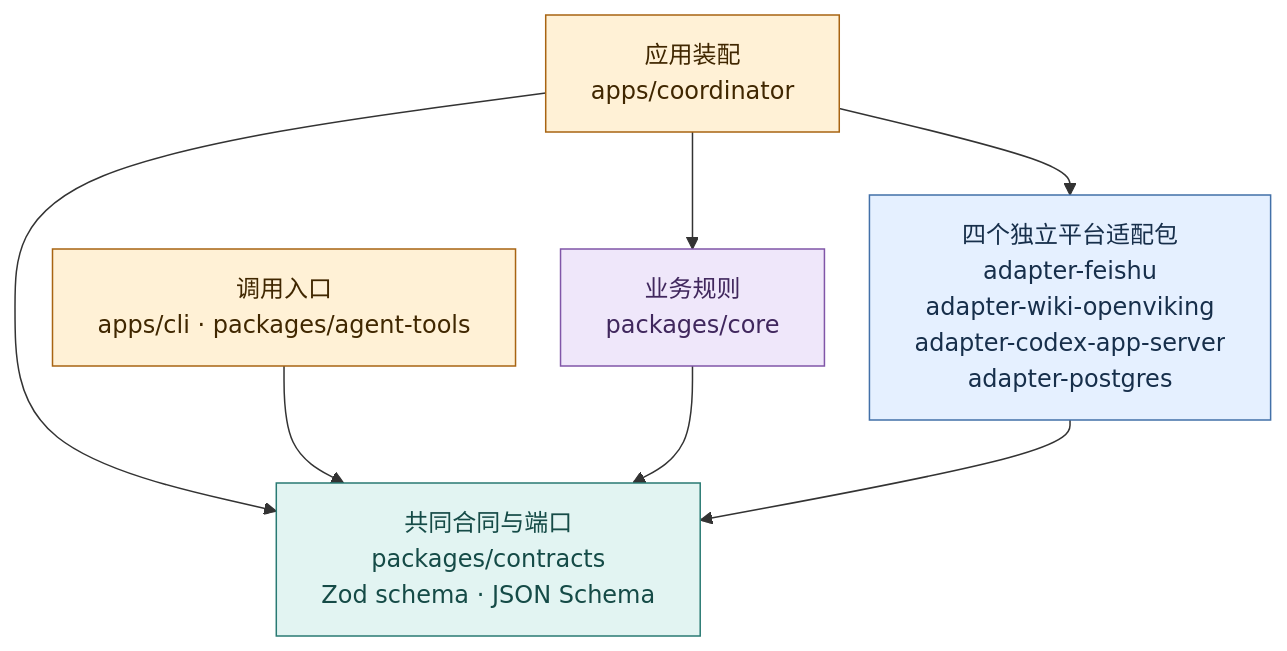
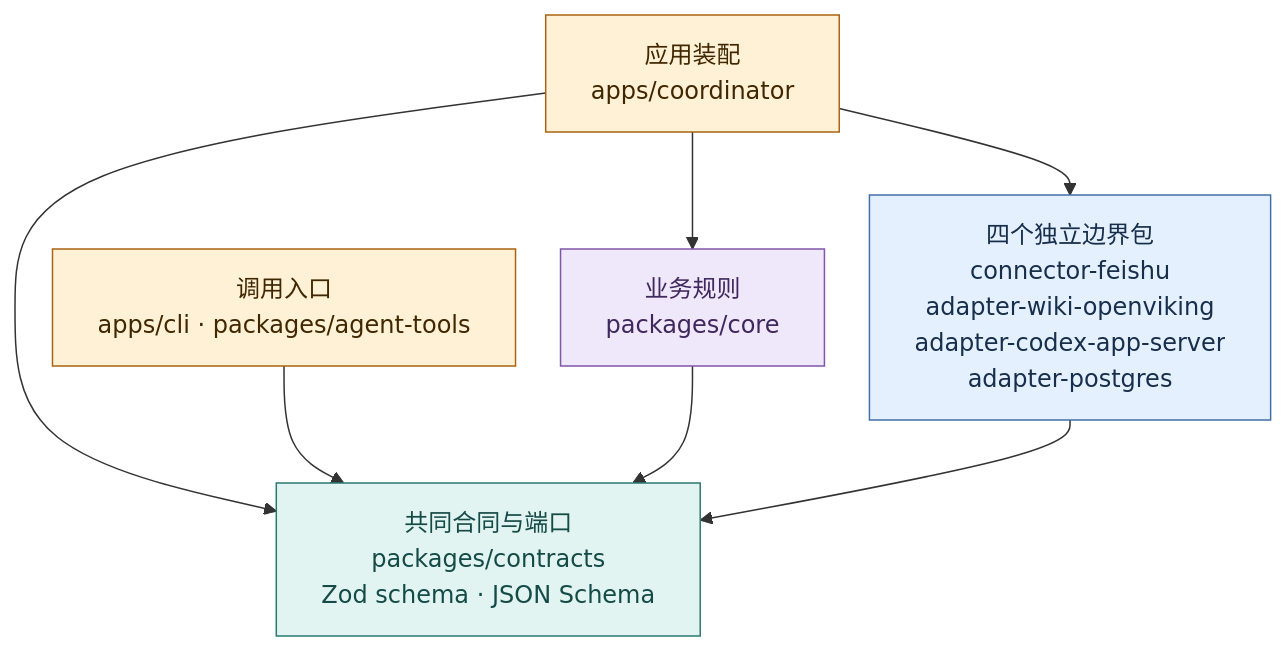
The first of 2 diagrams in docs/architecture/packages.md (cyl19970726/evoLoop), drawn with Mermaid before and after one commit. The commit also changed other lines of this file and 20 other files, not shown here.

````diff
--- a/docs/architecture/packages.md
+++ b/docs/architecture/packages.md
@@ -11,19 +11,19 @@
 ```mermaid
 %%{init: {"flowchart":{"wrappingWidth":320,"nodeSpacing":30,"rankSpacing":42}}}%%
 flowchart TB
   D["应用装配<br/>apps/coordinator"]:::app
   C["调用入口<br/>apps/cli · packages/agent-tools"]:::app
   K["业务规则<br/>packages/core"]:::core
-  A["四个独立平台适配包<br/>adapter-feishu<br/>adapter-wiki-openviking<br/>adapter-codex-app-server<br/>adapter-postgres"]:::adapter
+  A["四个独立边界包<br/>connector-feishu<br/>adapter-wiki-openviking<br/>adapter-codex-app-server<br/>adapter-postgres"]:::adapter
   P["共同合同与端口<br/>packages/contracts<br/>Zod schema · JSON Schema"]:::port
   D --> K
   D --> A
   D --> P
   C --> P
   K --> P
   A --> P
   classDef app fill:#FFF1D6,stroke:#A86412,color:#402700
   classDef core fill:#EFE7FA,stroke:#8056A8,color:#40275D
   classDef port fill:#E2F4F2,stroke:#297A73,color:#154B47
   classDef adapter fill:#E5F0FF,stroke:#4270A8,color:#172F4B
 ```
````
